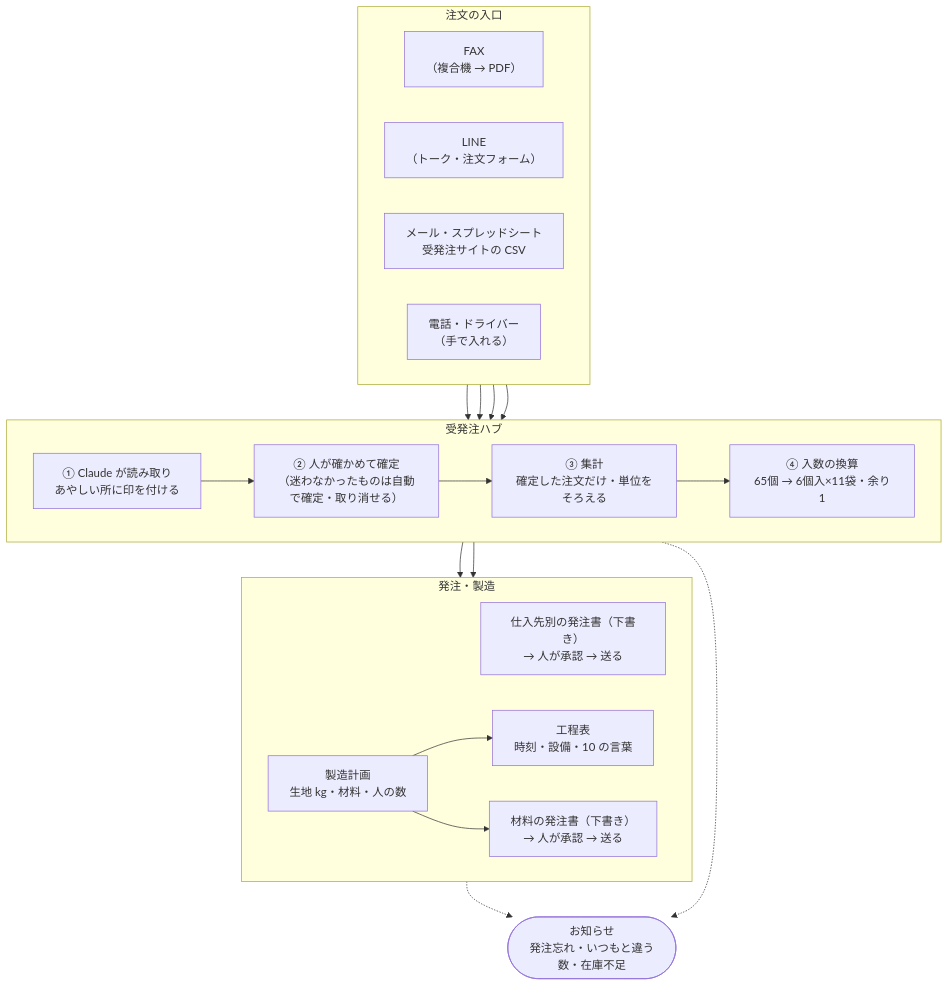
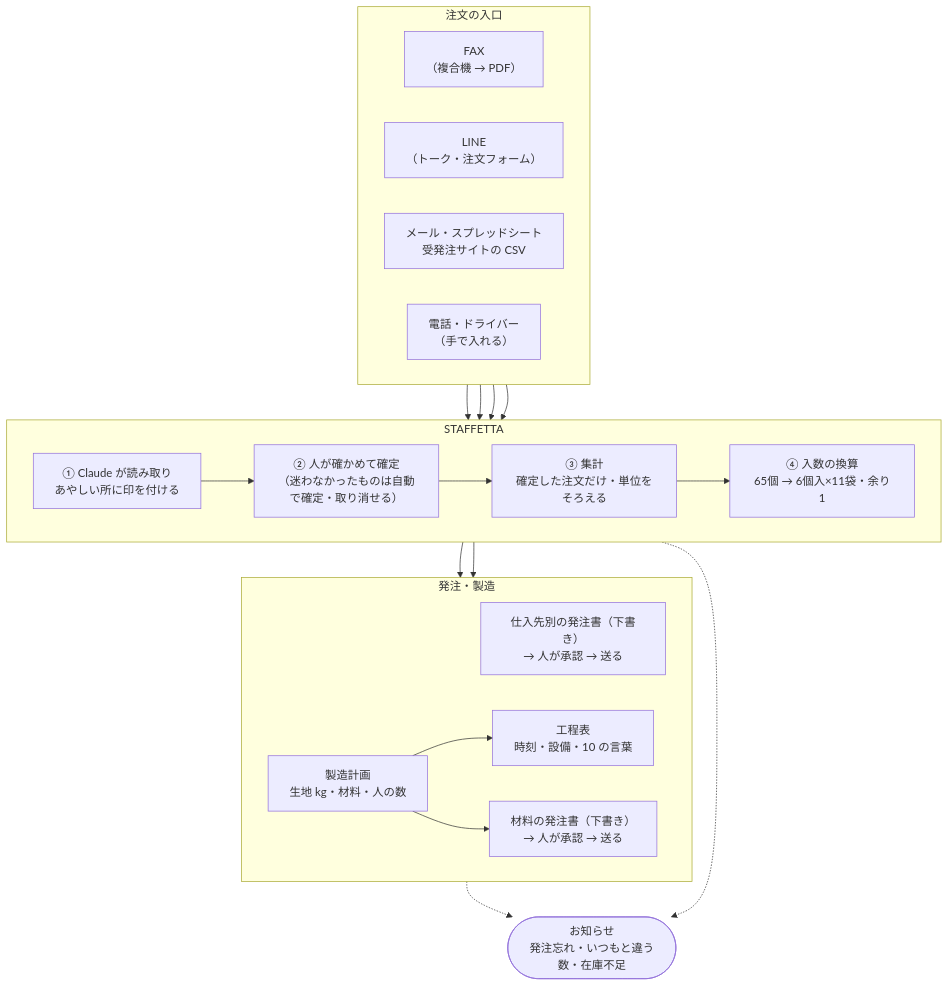
The diagram in README.md (cameliya-tomoiida/staffetta), drawn with Mermaid before and after one commit. The commit also changed other lines of this file and 20 other files, not shown here.

````diff
--- a/README.md
+++ b/README.md
@@ -44,40 +46,40 @@
 ```mermaid
 flowchart TB
   subgraph IN["注文の入口"]
     direction LR
     fax["FAX<br>（複合機 → PDF）"]
     line["LINE<br>（トーク・注文フォーム）"]
     mail["メール・スプレッドシート<br>受発注サイトの CSV"]
     tel["電話・ドライバー<br>（手で入れる）"]
   end
 
-  subgraph HUB["受発注ハブ"]
+  subgraph HUB["STAFFETTA"]
     direction LR
     read["① Claude が読み取り<br>あやしい所に印を付ける"]
     check["② 人が確かめて確定<br>（迷わなかったものは自動で確定・取り消せる）"]
     sum["③ 集計<br>確定した注文だけ・単位をそろえる"]
     conv["④ 入数の換算<br>65個 → 6個入×11袋・余り1"]
     read --> check --> sum --> conv
   end
 
   subgraph OUT["発注・製造"]
     direction LR
     po["仕入先別の発注書（下書き）<br>→ 人が承認 → 送る"]
     plan["製造計画<br>生地 kg・材料・人の数"]
     tt["工程表<br>時刻・設備・10 の言葉"]
     mat["材料の発注書（下書き）<br>→ 人が承認 → 送る"]
     plan --> tt
     plan --> mat
   end
 
   fax --> read
   line --> read
   mail --> read
   tel --> check
   conv --> po
   conv --> plan
 
   alert(["お知らせ<br>発注忘れ・いつもと違う数・在庫不足"])
   HUB -.-> alert
   OUT -.-> alert
 ```
````
